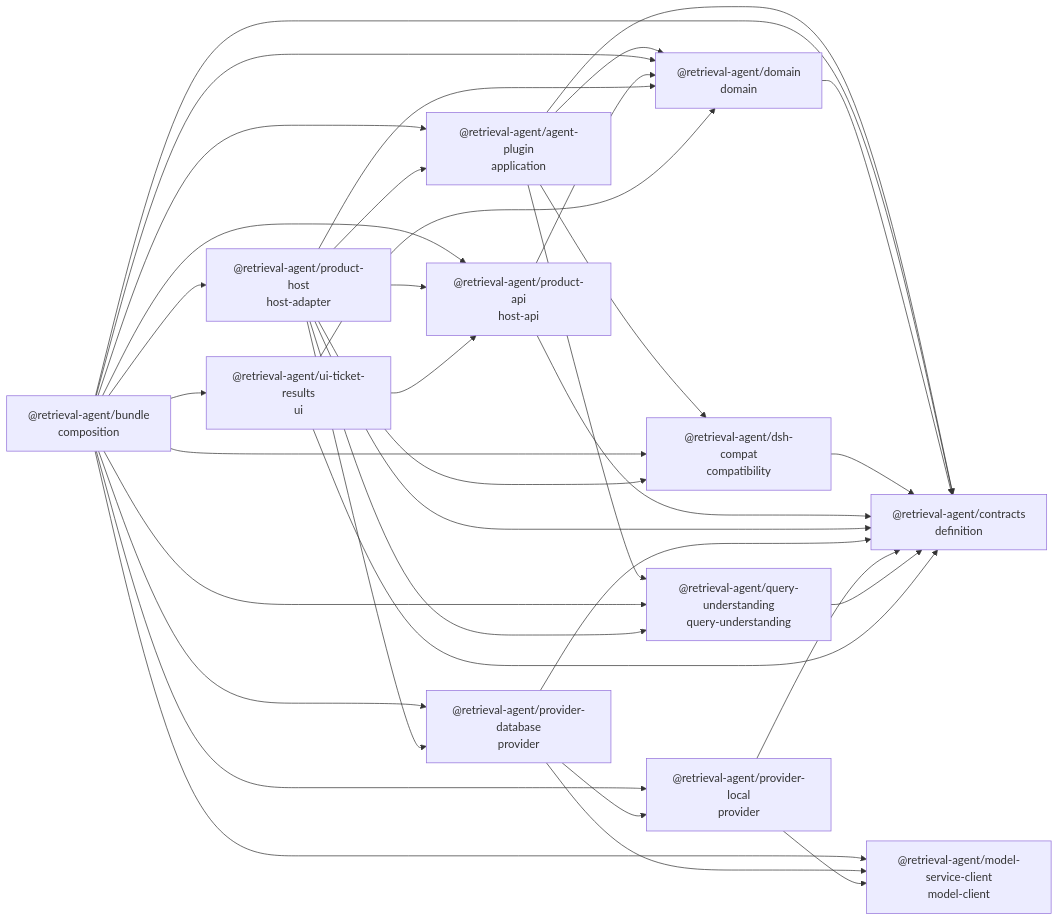
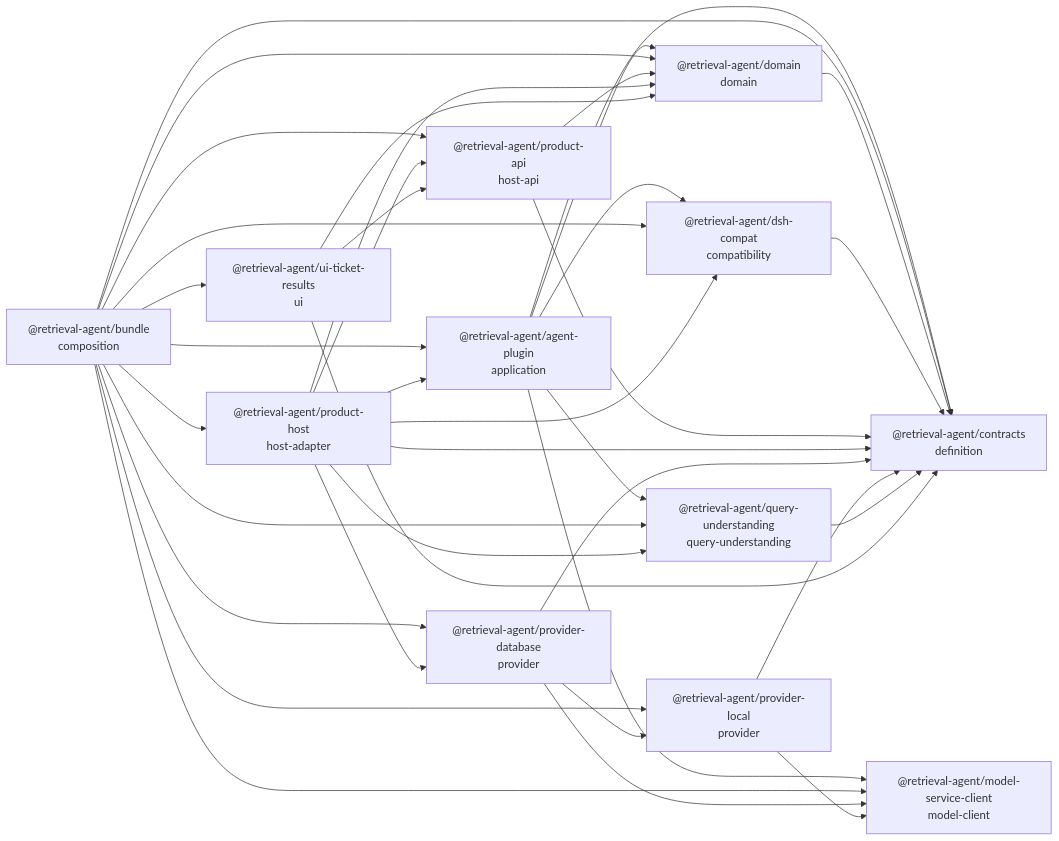
Before and after one commit to Merak-Wang/CaseWeave: the diagram in docs/WORKSPACE_GRAPH.md, drawn with Mermaid. The commit also changed other lines of this file and 2 other files, not shown here.

Commit message:
fix: declare semantic operator model client dependency

````diff
--- a/docs/WORKSPACE_GRAPH.md
+++ b/docs/WORKSPACE_GRAPH.md
@@ -6,50 +6,51 @@
 ```mermaid
 flowchart LR
   agent_plugin["@retrieval-agent/agent-plugin<br/>application"]
   bundle["@retrieval-agent/bundle<br/>composition"]
   contracts["@retrieval-agent/contracts<br/>definition"]
   domain["@retrieval-agent/domain<br/>domain"]
   dsh_compat["@retrieval-agent/dsh-compat<br/>compatibility"]
   model_service_client["@retrieval-agent/model-service-client<br/>model-client"]
   product_api["@retrieval-agent/product-api<br/>host-api"]
   product_host["@retrieval-agent/product-host<br/>host-adapter"]
   provider_database["@retrieval-agent/provider-database<br/>provider"]
   provider_local["@retrieval-agent/provider-local<br/>provider"]
   query_understanding["@retrieval-agent/query-understanding<br/>query-understanding"]
   ui_ticket_results["@retrieval-agent/ui-ticket-results<br/>ui"]
   agent_plugin --> contracts
   agent_plugin --> domain
   agent_plugin --> dsh_compat
+  agent_plugin --> model_service_client
   agent_plugin --> query_understanding
   bundle --> agent_plugin
   bundle --> contracts
   bundle --> domain
   bundle --> dsh_compat
   bundle --> model_service_client
   bundle --> product_api
   bundle --> product_host
   bundle --> provider_database
   bundle --> provider_local
   bundle --> query_understanding
   bundle --> ui_ticket_results
   domain --> contracts
   dsh_compat --> contracts
   product_api --> contracts
   product_api --> domain
   product_host --> agent_plugin
   product_host --> contracts
   product_host --> domain
   product_host --> dsh_compat
   product_host --> product_api
   product_host --> provider_database
   product_host --> query_understanding
   provider_database --> contracts
   provider_database --> model_service_client
   provider_database --> provider_local
   provider_local --> contracts
   provider_local --> model_service_client
   query_understanding --> contracts
   ui_ticket_results --> contracts
   ui_ticket_results --> domain
   ui_ticket_results --> product_api
 ```
````
